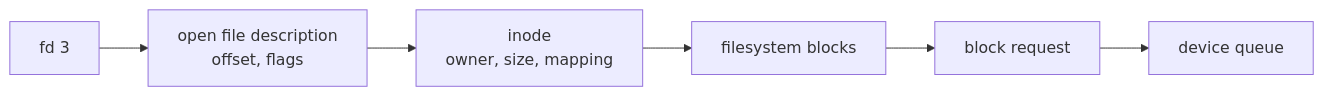
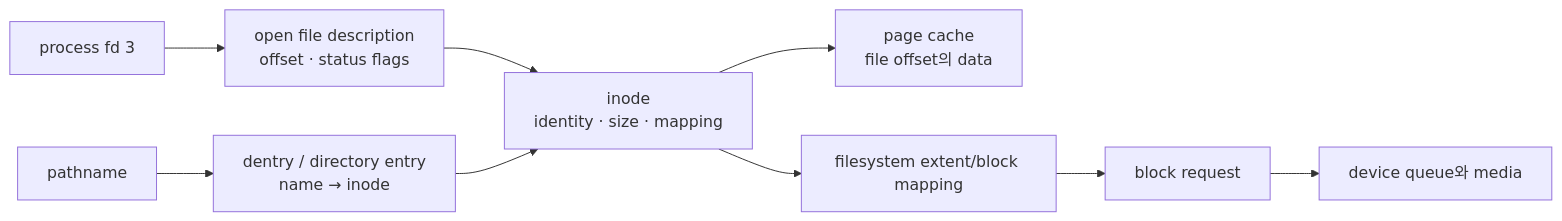
One commit to mj006648/netai-devsecops-runbook changed the diagram in learning/operating-systems/08-io-files-filesystems.md. Above: the diagram before and after it, drawn with Mermaid. The commit also changed other lines of this file and 165 other files, not shown here.

````diff
--- a/learning/operating-systems/08-io-files-filesystems.md
+++ b/learning/operating-systems/08-io-files-filesystems.md
@@ -19,8 +38,11 @@
 ```mermaid
 flowchart LR
-    FD[fd 3] --> OF[open file description<br/>offset, flags]
-    OF --> IN[inode<br/>owner, size, mapping]
-    IN --> FS[filesystem blocks]
+    FD[process fd 3] --> OF[open file description<br/>offset · status flags]
+    OF --> IN[inode<br/>identity · size · mapping]
+    PATH[pathname] --> DE[dentry / directory entry<br/>name → inode]
+    DE --> IN
+    IN --> PC[page cache<br/>file offset의 data]
+    IN --> FS[filesystem extent/block mapping]
     FS --> BIO[block request]
-    BIO --> DEV[device queue]
+    BIO --> DEV[device queue와 media]
 ```
````
